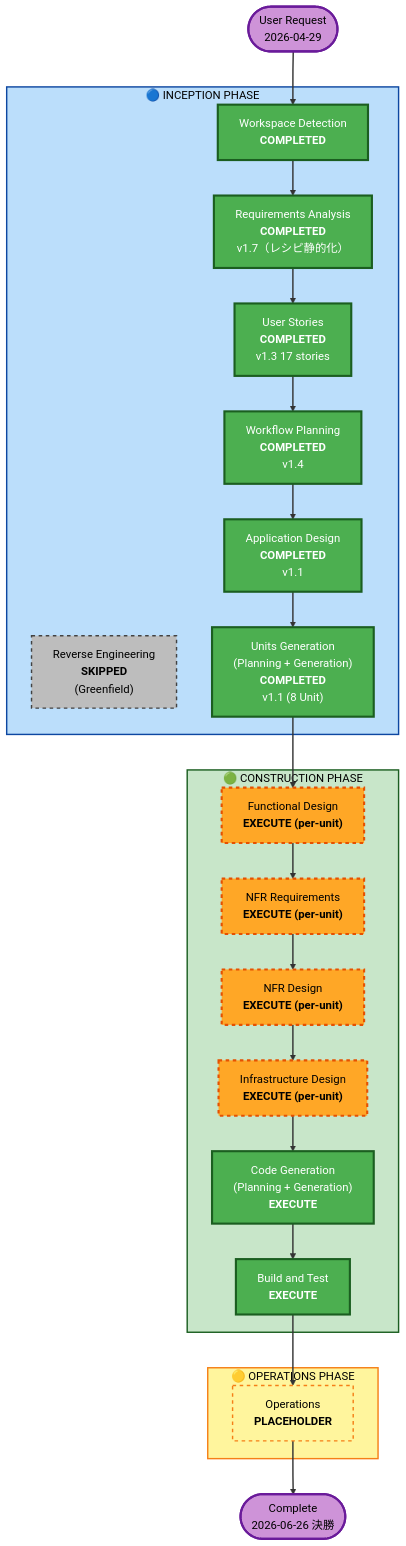
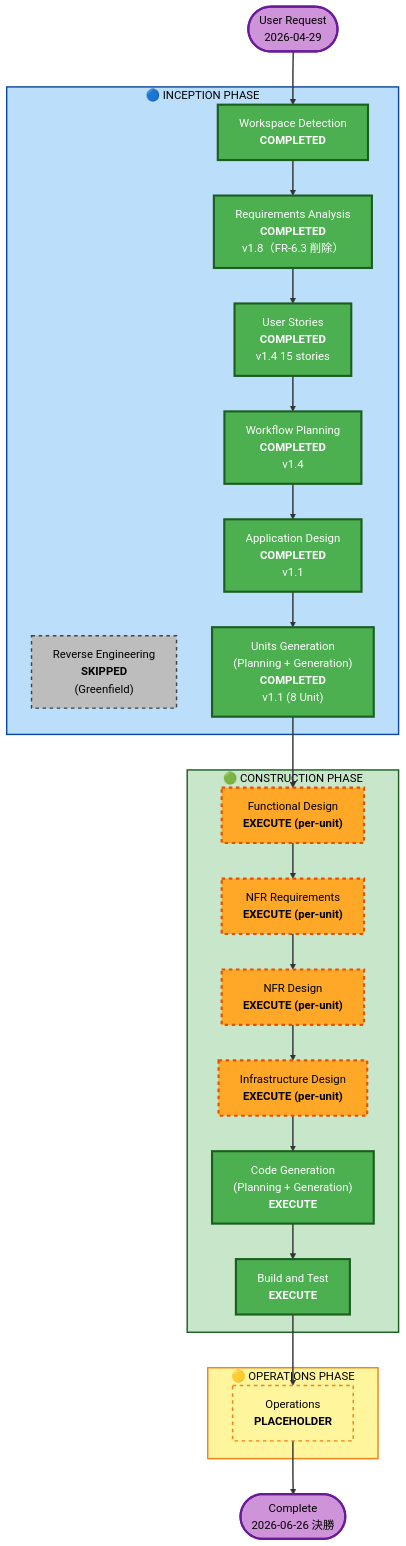
The first of 2 diagrams in aidlc-docs/inception/plans/execution-plan.md (salsa-panda/tako-tues), drawn with Mermaid before and after one commit. The commit also changed 2 other files, not shown here.

Commit message:
Copilot レビュー指摘 3 件を反映
PR #9 への Copilot レビューで指摘された残存不整合を修正。

- application-design.md: §1 Q1 決定表を「8 コンポーネント (C1〜C7, C9) = 8 Unit に 1:1 対応」に整理 (v1.0 当時 9 コンポーネントだった経緯は履歴として併記)。§2 早見表見出しと §11 参照リンクの「9 コンポーネント」表記も 8 に揃え
- execution-plan.md: §2 Workflow Visualization の Mermaid ノードで Requirements Analysis を v1.7 → v1.8、User Stories を v1.3 17 stories → v1.4 15 stories に更新 (直下チェックリストとの不整合を解消)
- story-board.md: §2.2 セクション見出しのバージョン表記 (v1.3) を v1.4 に整合 (直下 Gantt タイトルとの混在を解消)

````diff
--- a/aidlc-docs/inception/plans/execution-plan.md
+++ b/aidlc-docs/inception/plans/execution-plan.md
@@ -99,69 +99,69 @@
 ```mermaid
 flowchart TD
     Start(["User Request<br/>2026-04-29"])
 
     subgraph INCEPTION["🔵 INCEPTION PHASE"]
         WD["Workspace Detection<br/><b>COMPLETED</b>"]
         RE["Reverse Engineering<br/><b>SKIPPED</b><br/>(Greenfield)"]
-        RA["Requirements Analysis<br/><b>COMPLETED</b><br/>v1.7（レシピ静的化）"]
-        US["User Stories<br/><b>COMPLETED</b><br/>v1.3 17 stories"]
+        RA["Requirements Analysis<br/><b>COMPLETED</b><br/>v1.8（FR-6.3 削除）"]
+        US["User Stories<br/><b>COMPLETED</b><br/>v1.4 15 stories"]
         WP["Workflow Planning<br/><b>COMPLETED</b><br/>v1.4"]
         AD["Application Design<br/><b>COMPLETED</b><br/>v1.1"]
         UG["Units Generation<br/>(Planning + Generation)<br/><b>COMPLETED</b><br/>v1.1 (8 Unit)"]
     end
 
     subgraph CONSTRUCTION["🟢 CONSTRUCTION PHASE"]
         FD["Functional Design<br/><b>EXECUTE (per-unit)</b>"]
         NFRA["NFR Requirements<br/><b>EXECUTE (per-unit)</b>"]
         NFRD["NFR Design<br/><b>EXECUTE (per-unit)</b>"]
         ID["Infrastructure Design<br/><b>EXECUTE (per-unit)</b>"]
         CG["Code Generation<br/>(Planning + Generation)<br/><b>EXECUTE</b>"]
         BT["Build and Test<br/><b>EXECUTE</b>"]
     end
 
     subgraph OPERATIONS["🟡 OPERATIONS PHASE"]
         OPS["Operations<br/><b>PLACEHOLDER</b>"]
     end
 
     Start --> WD
     WD --> RA
     RA --> US
     US --> WP
     WP --> AD
     AD --> UG
     UG --> FD
     FD --> NFRA
     NFRA --> NFRD
     NFRD --> ID
     ID --> CG
     CG --> BT
     BT --> OPS
     OPS --> End(["Complete<br/>2026-06-26 決勝"])
 
     style Start fill:#CE93D8,stroke:#6A1B9A,stroke-width:3px,color:#000
     style End fill:#CE93D8,stroke:#6A1B9A,stroke-width:3px,color:#000
 
     style WD fill:#4CAF50,stroke:#1B5E20,stroke-width:3px,color:#fff
     style RA fill:#4CAF50,stroke:#1B5E20,stroke-width:3px,color:#fff
     style US fill:#4CAF50,stroke:#1B5E20,stroke-width:3px,color:#fff
     style WP fill:#4CAF50,stroke:#1B5E20,stroke-width:3px,color:#fff
     style RE fill:#BDBDBD,stroke:#424242,stroke-width:2px,stroke-dasharray: 5 5,color:#000
 
     style AD fill:#4CAF50,stroke:#1B5E20,stroke-width:3px,color:#fff
     style UG fill:#4CAF50,stroke:#1B5E20,stroke-width:3px,color:#fff
 
     style FD fill:#FFA726,stroke:#E65100,stroke-width:3px,stroke-dasharray: 5 5,color:#000
     style NFRA fill:#FFA726,stroke:#E65100,stroke-width:3px,stroke-dasharray: 5 5,color:#000
     style NFRD fill:#FFA726,stroke:#E65100,stroke-width:3px,stroke-dasharray: 5 5,color:#000
     style ID fill:#FFA726,stroke:#E65100,stroke-width:3px,stroke-dasharray: 5 5,color:#000
     style CG fill:#4CAF50,stroke:#1B5E20,stroke-width:3px,color:#fff
     style BT fill:#4CAF50,stroke:#1B5E20,stroke-width:3px,color:#fff
 
     style OPS fill:#FFF59D,stroke:#F57F17,stroke-width:2px,stroke-dasharray: 5 5,color:#000
 
     style INCEPTION fill:#BBDEFB,stroke:#0D47A1,stroke-width:2px,color:#000
     style CONSTRUCTION fill:#C8E6C9,stroke:#1B5E20,stroke-width:2px,color:#000
     style OPERATIONS fill:#FFF59D,stroke:#F57F17,stroke-width:2px,color:#000
 
     linkStyle default stroke:#333,stroke-width:2px
 ```
````
